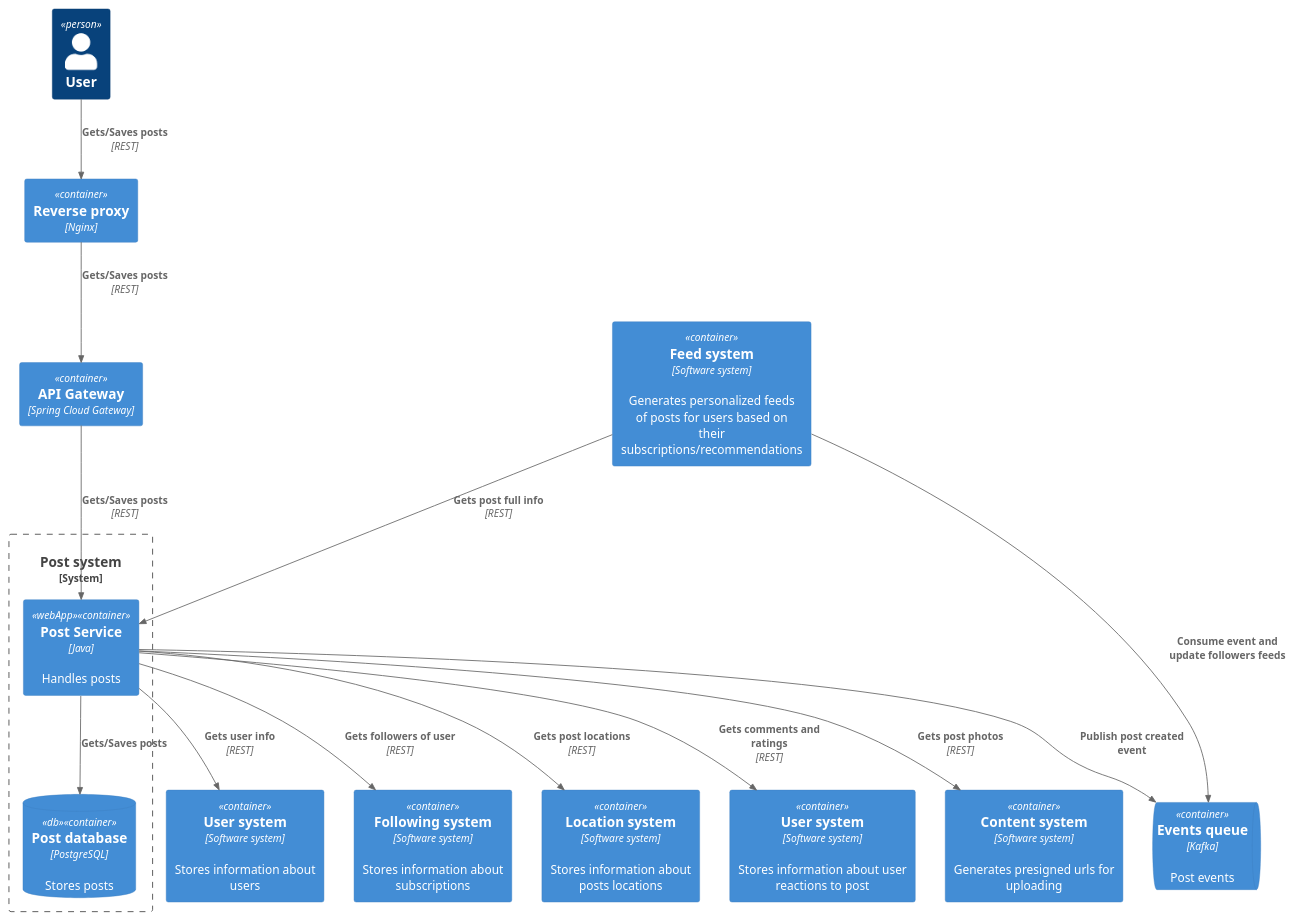
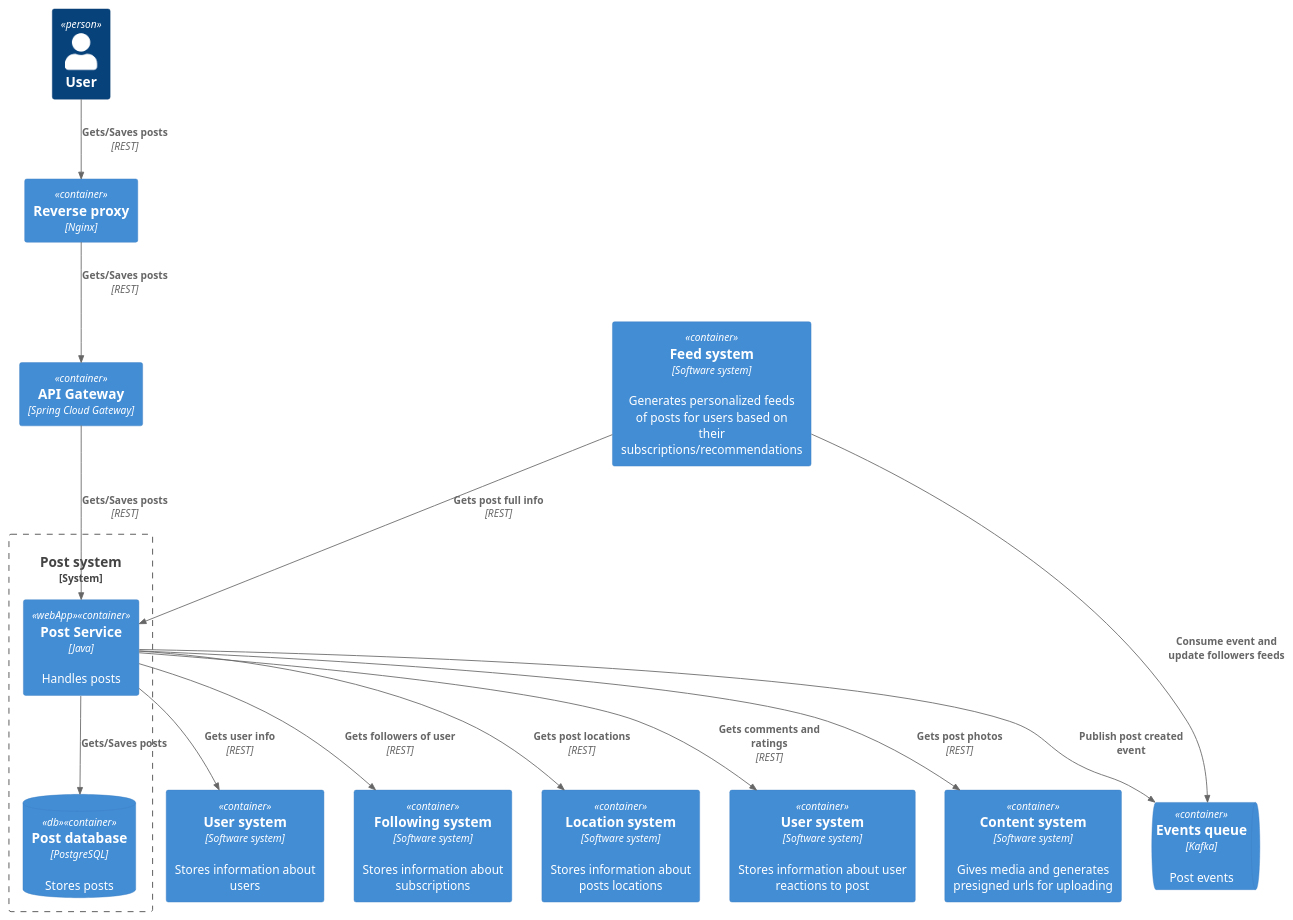
The diagram in architecture/post_system/container.puml (dmitry-bughunter/social_network_system_design), drawn with PlantUML before and after one commit. The commit also changed 9 other files, not shown here.

```diff
--- a/architecture/post_system/container.puml
+++ b/architecture/post_system/container.puml
@@ -1,34 +1,34 @@
 @startuml
 !include https://raw.githubusercontent.com/plantuml-stdlib/C4-PlantUML/master/C4_Container.puml
 
 Person(user, "User")
 Container(reverseProxy, "Reverse proxy", "Nginx")
 Container(apiGateway, "API Gateway", "Spring Cloud Gateway")
 Container(userSystem, "User system", "Software system", "Stores information about users")
 Container(followingSystem, "Following system", "Software system", "Stores information about subscriptions")
 Container(locationSystem, "Location system", "Software system", "Stores information about posts locations")
 Container(reactionSystem, "User system", "Software system", "Stores information about user reactions to post")
-Container(contentSystem, "Content system", "Software system", "Generates presigned urls for uploading")
+Container(contentSystem, "Content system", "Software system", "Gives media and generates presigned urls for uploading")
 Container(feedSystem, "Feed system", "Software system", "Generates personalized feeds of posts for users based on their subscriptions/recommendations")
 ContainerQueue(postMessageQueue, "Events queue", "Kafka", "Post events")
 
 System_Boundary(postSystem, "Post system") {
 Container(postService, "Post Service", "Java", "Handles posts", $tags="webApp")
 ContainerDb(postDatabase, "Post database", "PostgreSQL", "Stores posts",  $tags="db")
 }
 
 Rel(user, reverseProxy, "Gets/Saves posts", "REST")
 Rel(reverseProxy, apiGateway, "Gets/Saves posts", "REST")
 Rel(apiGateway, postService, "Gets/Saves posts", "REST")
 
 Rel(feedSystem, postService, "Gets post full info", "REST")
 Rel(postService, postMessageQueue, "Publish post created event")
 Rel(feedSystem, postMessageQueue, "Consume event and update followers feeds")
 
 Rel(postService, postDatabase, "Gets/Saves posts")
 Rel(postService, userSystem, "Gets user info", "REST")
 Rel(postService, followingSystem, "Gets followers of user", "REST")
 Rel(postService, locationSystem, "Gets post locations", "REST")
 Rel(postService, reactionSystem, "Gets comments and ratings", "REST")
 Rel(postService, contentSystem, "Gets post photos", "REST")
 @enduml
```
